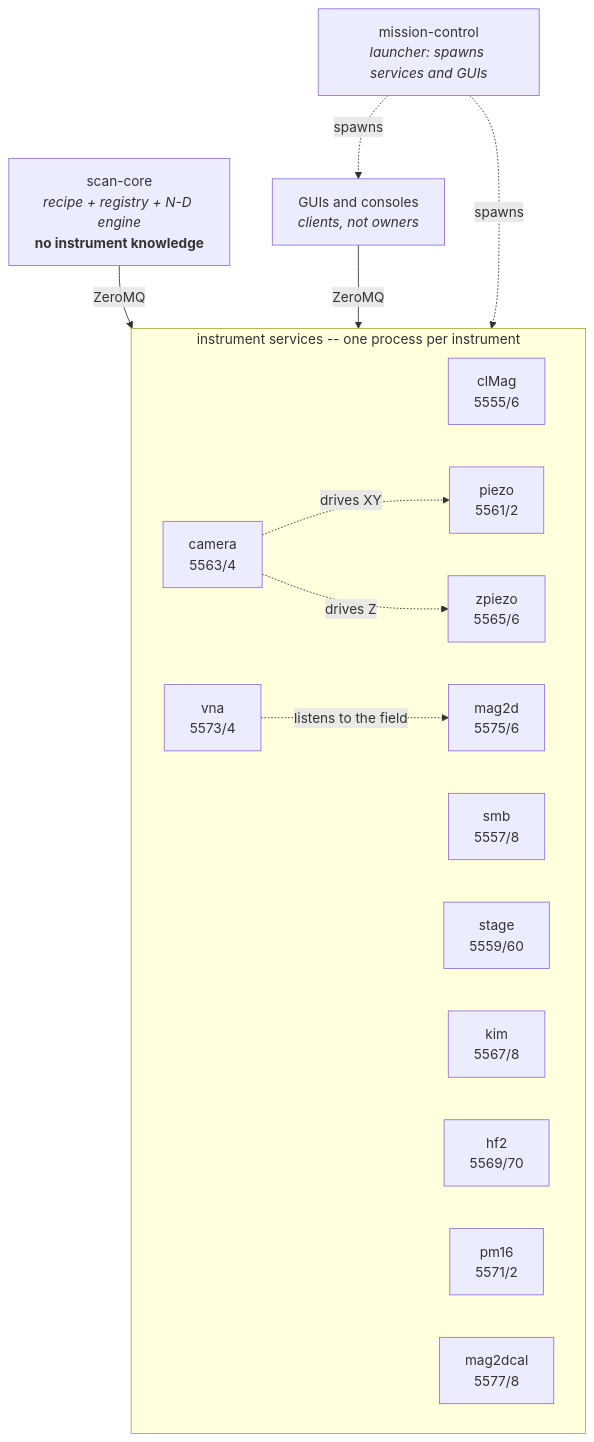
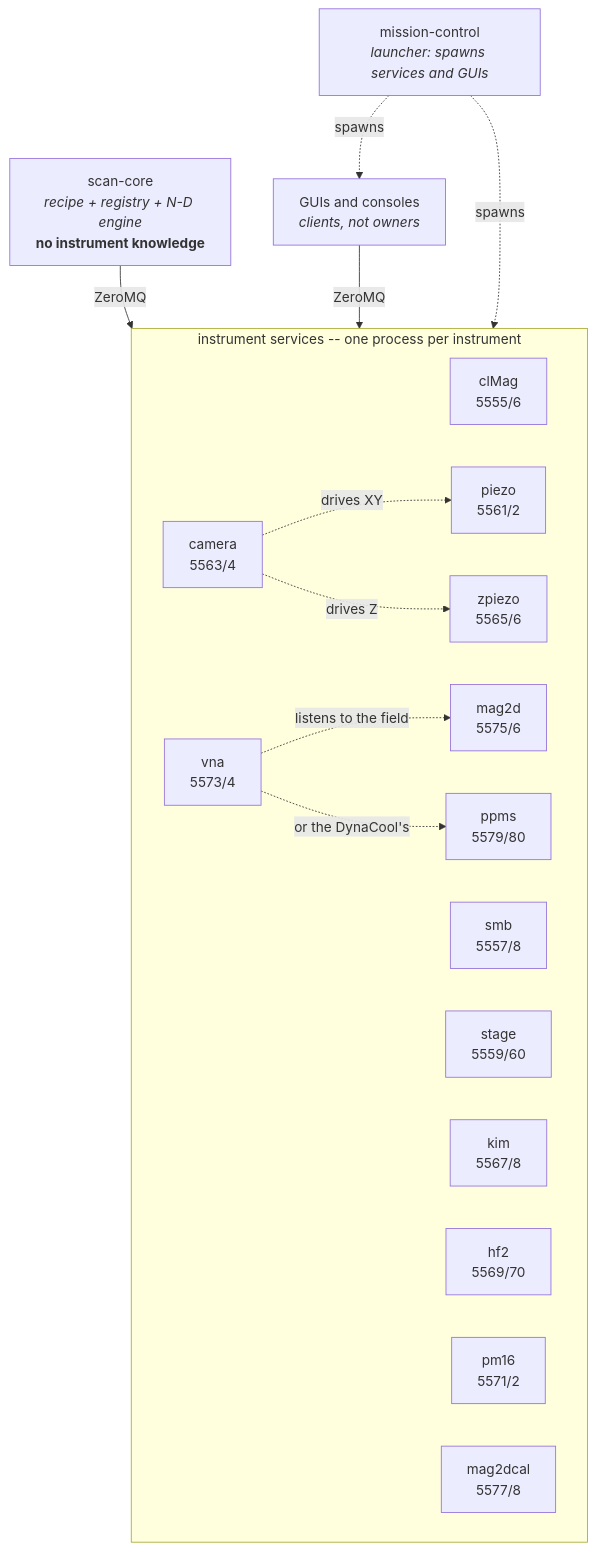
One commit to FlashLukas/AaltoFlow changed the diagram in README.md. Above: the diagram before and after it, drawn with Mermaid. The commit also changed other lines of this file and 61 other files, not shown here.

First line of the commit message:
DynaCool VNA-FMR: ppms-control (Quantum Design DynaCool) + a Copper Mountain C1209 backend

````diff
--- a/README.md
+++ b/README.md
@@ -36,28 +36,30 @@
 ```mermaid
 flowchart TB
     MC["mission-control<br/><i>launcher: spawns services and GUIs</i>"]
     SC["scan-core<br/><i>recipe + registry + N-D engine</i><br/><b>no instrument knowledge</b>"]
     subgraph SVC["instrument services -- one process per instrument"]
         direction LR
         M["clMag<br/>5555/6"]
         S["smb<br/>5557/8"]
         ST["stage<br/>5559/60"]
         P["piezo<br/>5561/2"]
         C["camera<br/>5563/4"]
         Z["zpiezo<br/>5565/6"]
         K["kim<br/>5567/8"]
         H["hf2<br/>5569/70"]
         PM["pm16<br/>5571/2"]
         V["vna<br/>5573/4"]
         M2["mag2d<br/>5575/6"]
         M2C["mag2dcal<br/>5577/8"]
+        PP["ppms<br/>5579/80"]
     end
     G["GUIs and consoles<br/><i>clients, not owners</i>"]
     SC -- "ZeroMQ" --> SVC
     G -- "ZeroMQ" --> SVC
     C -. "drives XY" .-> P
     C -. "drives Z" .-> Z
     V -. "listens to the field" .-> M2
+    V -. "or the DynaCool's" .-> PP
     MC -.->|spawns| SVC
     MC -.->|spawns| G
 ```
````
